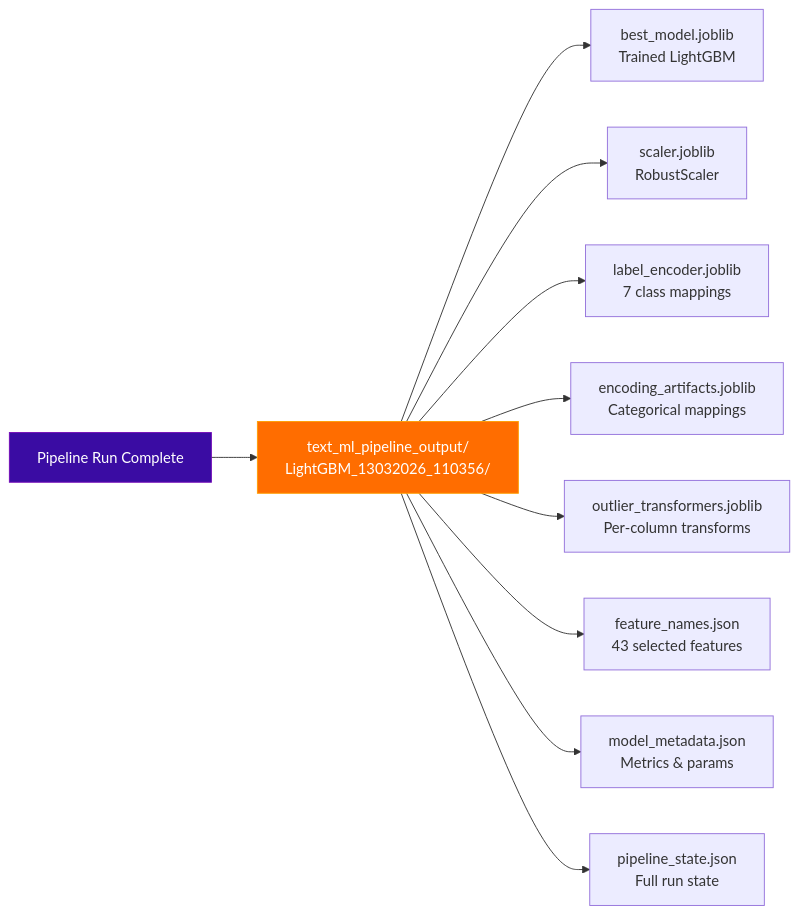
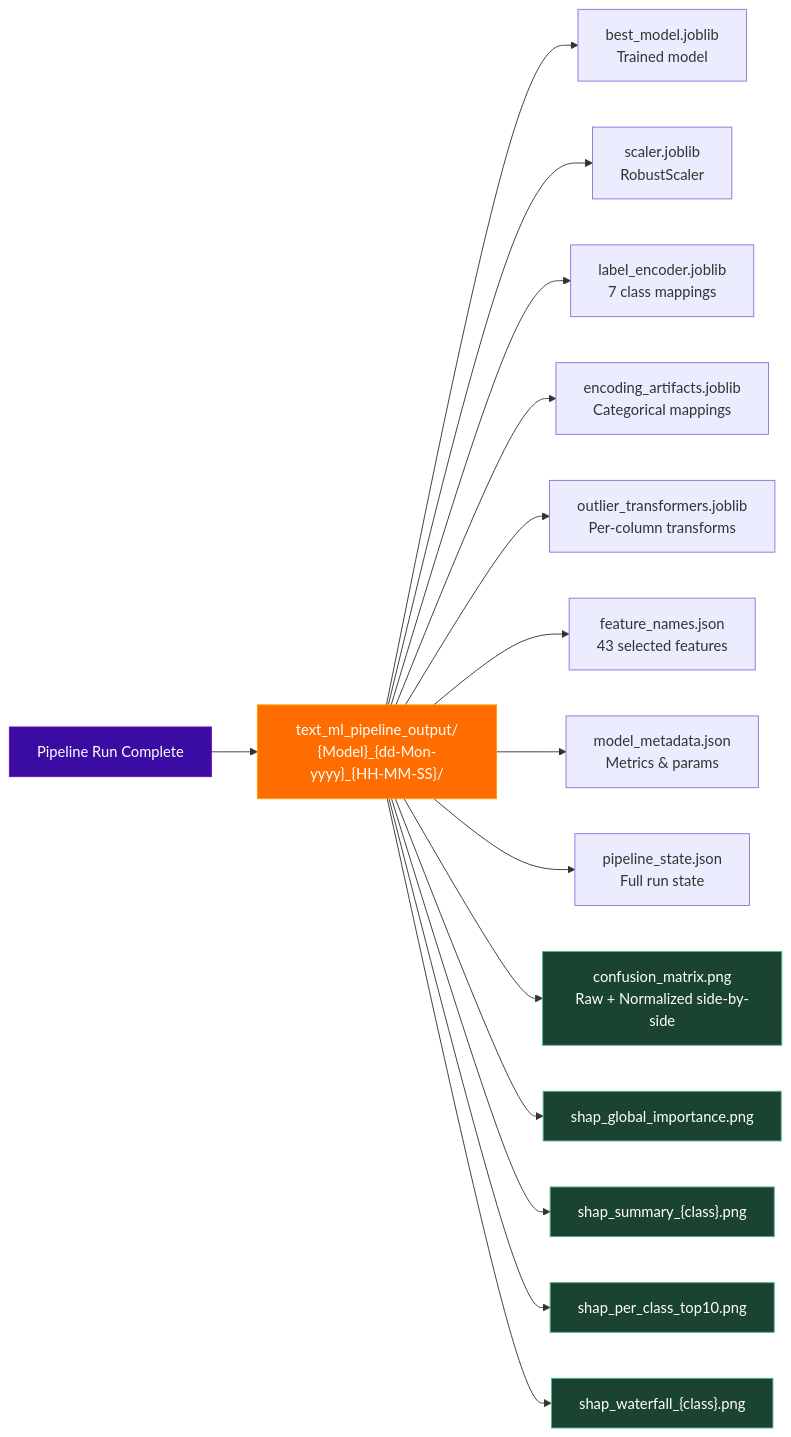
The seventh of 7 diagrams in project flow diagrams/PIPELINE_FLOW_CLEAN.md (VICKYPATIL2525/Mindspace-ml-pipeline-text-to-mentel-health-class), drawn with Mermaid before and after one commit. The commit also changed other lines of this file and 14 other files, not shown here.

````diff
--- a/project flow diagrams/PIPELINE_FLOW_CLEAN.md
+++ b/project flow diagrams/PIPELINE_FLOW_CLEAN.md
@@ -246,19 +247,29 @@
 ```mermaid
 flowchart LR
     PIPELINE["Pipeline Run Complete"]
-    FOLDER["text_ml_pipeline_output/\nLightGBM_13032026_110356/"]
-    M["best_model.joblib\nTrained LightGBM"]
+    FOLDER["text_ml_pipeline_output/\n{Model}_{dd-Mon-yyyy}_{HH-MM-SS}/"]
+    M["best_model.joblib\nTrained model"]
     SC["scaler.joblib\nRobustScaler"]
     LE["label_encoder.joblib\n7 class mappings"]
     EA["encoding_artifacts.joblib\nCategorical mappings"]
     OT["outlier_transformers.joblib\nPer-column transforms"]
     FN["feature_names.json\n43 selected features"]
     MD["model_metadata.json\nMetrics & params"]
     PS["pipeline_state.json\nFull run state"]
+    CM["confusion_matrix.png\nRaw + Normalized side-by-side"]
+    SH1["shap_global_importance.png"]
+    SH2["shap_summary_{class}.png"]
+    SH3["shap_per_class_top10.png"]
+    SH4["shap_waterfall_{class}.png"]
 
     PIPELINE --> FOLDER
-    FOLDER --> M & SC & LE & EA & OT & FN & MD & PS
+    FOLDER --> M & SC & LE & EA & OT & FN & MD & PS & CM & SH1 & SH2 & SH3 & SH4
 
     style PIPELINE fill:#3a0ca3,stroke:#7209b7,color:#fff
     style FOLDER fill:#ff6d00,stroke:#ff9e00,color:#fff
+    style CM fill:#1b4332,stroke:#52b788,color:#fff
+    style SH1 fill:#1b4332,stroke:#52b788,color:#fff
+    style SH2 fill:#1b4332,stroke:#52b788,color:#fff
+    style SH3 fill:#1b4332,stroke:#52b788,color:#fff
+    style SH4 fill:#1b4332,stroke:#52b788,color:#fff
 ```
````
